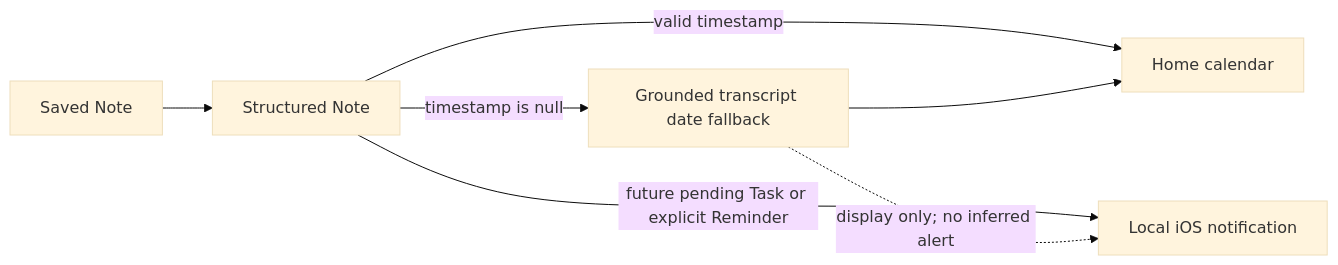
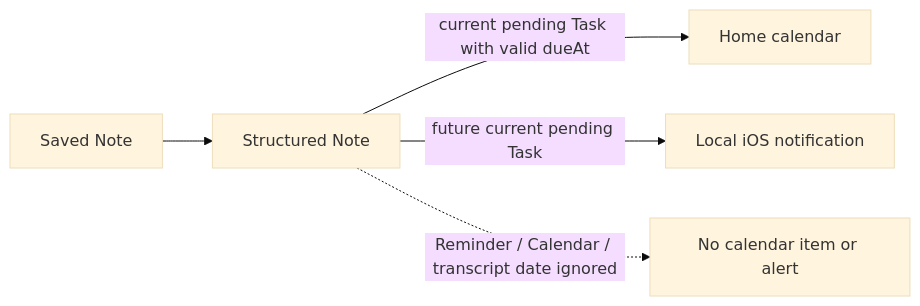
One commit to dhebhxh/speakspace-local-electron changed the third of 3 diagrams in docs/ios-port-development-YQ.md. Above: the diagram before and after it, drawn with Mermaid (base theme). The commit also changed other lines of this file and 62 other files, not shown here.

````diff
--- a/docs/ios-port-development-YQ.md
+++ b/docs/ios-port-development-YQ.md
@@ -686,9 +688,7 @@
 ```mermaid
 flowchart LR
   N[Saved Note] --> S[Structured Note]
-  S -->|valid timestamp| H[Home calendar]
-  S -->|future pending Task or explicit Reminder| L[Local iOS notification]
-  S -->|timestamp is null| F[Grounded transcript date fallback]
-  F --> H
-  F -. display only; no inferred alert .-> L
+  S -->|current pending Task with valid dueAt| H[Home calendar]
+  S -->|future current pending Task| L[Local iOS notification]
+  S -. Reminder / Calendar / transcript date ignored .-> X[No calendar item or alert]
 ```
````
